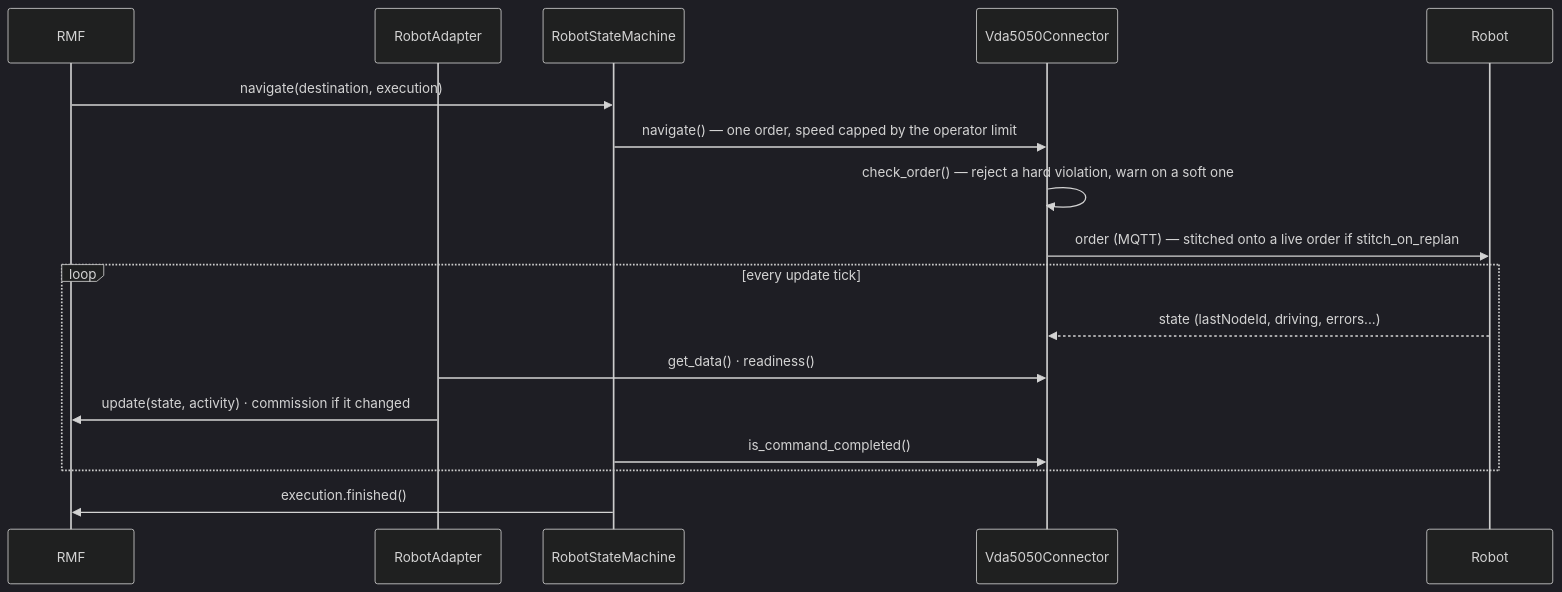
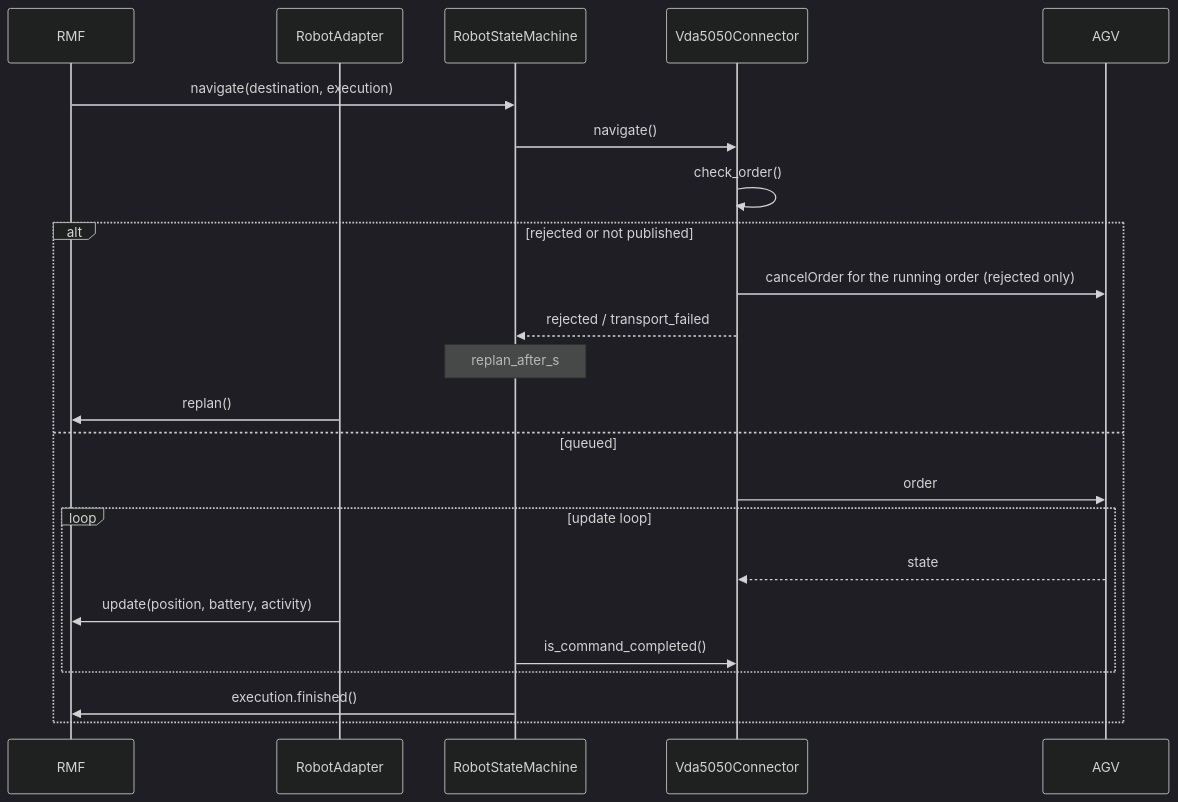
The third of 6 diagrams in vda5050_fleet_adapter/docs/architecture.md (NhatTran-97/eiu-vda5050-support-open-rmf), drawn with Mermaid (dark theme) before and after one commit. The commit also changed other lines of this file and 24 other files, not shown here.

Commit message:
vda5050_fleet_adapter: replan on rejected orders, ignore resume during RMF hold, ROS linters, docs

````diff
--- a/vda5050_fleet_adapter/docs/architecture.md
+++ b/vda5050_fleet_adapter/docs/architecture.md
@@ -83,20 +107,26 @@
 ```mermaid
 sequenceDiagram
     participant RMF
     participant RA as RobotAdapter
     participant SM as RobotStateMachine
     participant CN as Vda5050Connector
-    participant Robot
+    participant AGV
 
     RMF->>SM: navigate(destination, execution)
-    SM->>CN: navigate() — one order, speed capped by the operator limit
-    CN->>CN: check_order() — reject a hard violation, warn on a soft one
-    CN->>Robot: order (MQTT) — stitched onto a live order if stitch_on_replan
-    loop every update tick
-        Robot-->>CN: state (lastNodeId, driving, errors...)
-        RA->>CN: get_data() · readiness()
-        RA->>RMF: update(state, activity) · commission if it changed
-        SM->>CN: is_command_completed()
+    SM->>CN: navigate()
+    CN->>CN: check_order()
+    alt rejected or not published
+        CN->>AGV: cancelOrder for the running order (rejected only)
+        CN-->>SM: rejected / transport_failed
+        Note over SM: replan_after_s
+        RA->>RMF: replan()
+    else queued
+        CN->>AGV: order
+        loop update loop
+            AGV-->>CN: state
+            RA->>RMF: update(position, battery, activity)
+            SM->>CN: is_command_completed()
+        end
+        SM->>RMF: execution.finished()
     end
-    SM->>RMF: execution.finished()
 ```
````
